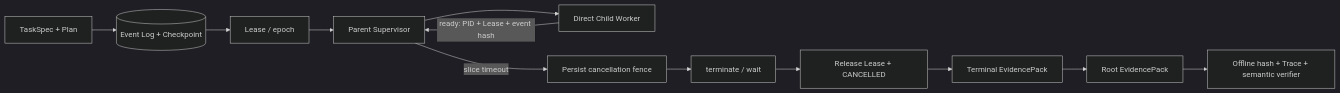
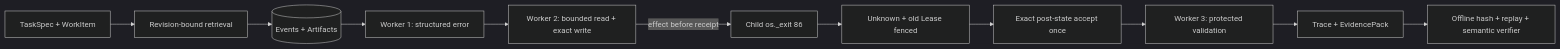
The diagram in docs/interview-demo.md (caoshangrui-spec/horizon-coding-harness), drawn with Mermaid (dark theme) before and after one commit. The commit also changed other lines of this file and 8 other files, not shown here.

Commit message:
feat: add offline portfolio evidence verifier

````diff
--- a/docs/interview-demo.md
+++ b/docs/interview-demo.md
@@ -88,14 +86,13 @@
 ```mermaid
 flowchart LR
-    T[TaskSpec + Plan] --> E[(Event Log + Checkpoint)]
-    E --> L[Lease / epoch]
-    L --> P[Parent Supervisor]
-    P --> W[Direct Child Worker]
-    W -->|ready: PID + Lease + event hash| P
-    P -->|slice timeout| F[Persist cancellation fence]
-    F --> S[terminate / wait]
-    S --> R[Release Lease + CANCELLED]
-    R --> B[Terminal EvidencePack]
-    B --> X[Root EvidencePack]
-    X --> V[Offline hash + Trace + semantic verifier]
+    T[TaskSpec + WorkItem] --> R[Revision-bound retrieval]
+    R --> E[(Events + Artifacts)]
+    E --> W1[Worker 1: structured error]
+    W1 --> W2[Worker 2: bounded read + exact write]
+    W2 -->|effect before receipt| X[Child os._exit 86]
+    X --> U[Unknown + old Lease fenced]
+    U --> A[Exact post-state accept once]
+    A --> W3[Worker 3: protected validation]
+    W3 --> P[Trace + EvidencePack]
+    P --> V[Offline hash + replay + semantic verifier]
 ```
````
